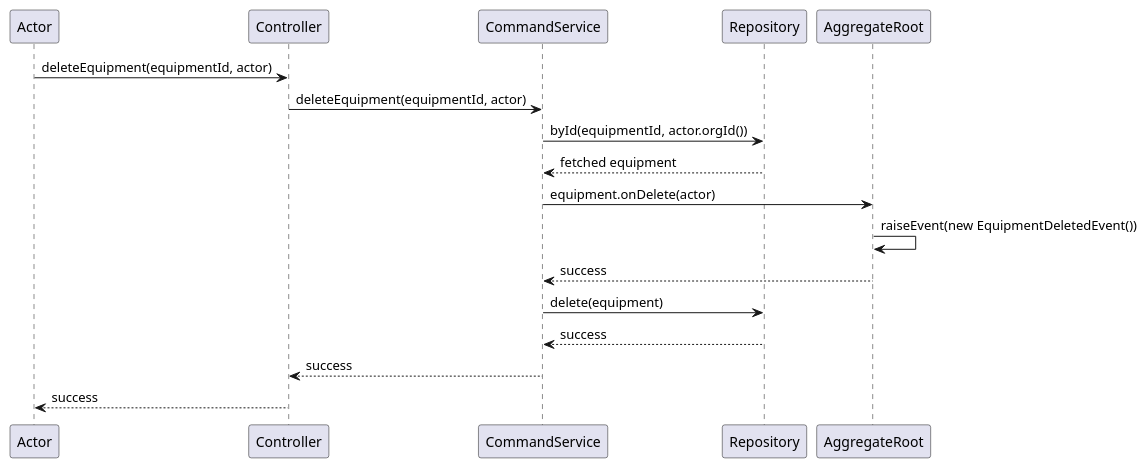
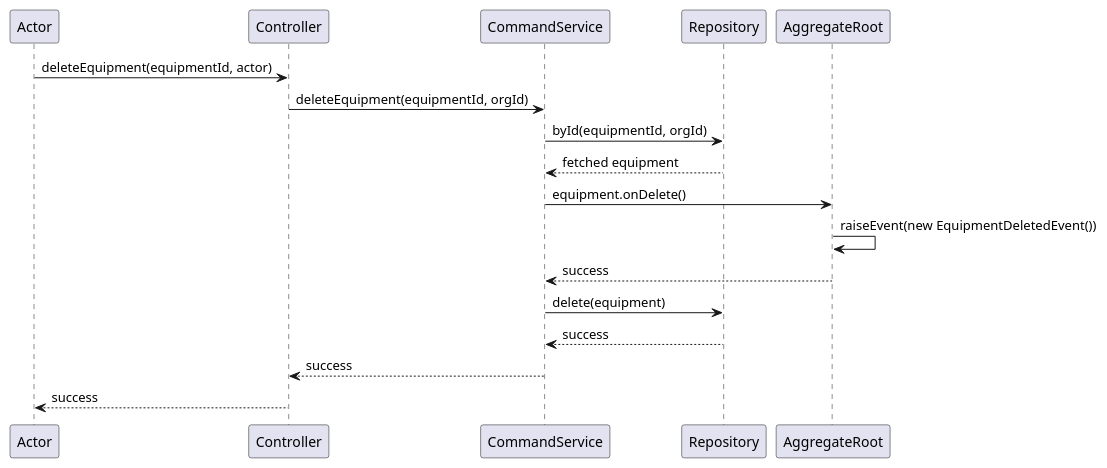
Before and after one commit to davenkin/andy-springboot4-template: the fourth of 7 diagrams in adr/005_unified_request_process_flow.md, drawn with PlantUML. The commit also changed other lines of this file and 2 other files, not shown here.

````diff
--- a/adr/005_unified_request_process_flow.md
+++ b/adr/005_unified_request_process_flow.md
@@ -249,15 +247,15 @@
 ```plantuml
 @startuml
 Actor -> Controller: deleteEquipment(equipmentId, actor)
-Controller -> CommandService: deleteEquipment(equipmentId, actor)
-CommandService -> Repository: byId(equipmentId, actor.orgId())
+Controller -> CommandService: deleteEquipment(equipmentId, orgId)
+CommandService -> Repository: byId(equipmentId, orgId)
 Repository --> CommandService: fetched equipment
-CommandService -> AggregateRoot: equipment.onDelete(actor)
+CommandService -> AggregateRoot: equipment.onDelete()
 AggregateRoot -> AggregateRoot: raiseEvent(new EquipmentDeletedEvent())
 AggregateRoot --> CommandService: success
 CommandService -> Repository: delete(equipment)
 Repository --> CommandService: success
 CommandService --> Controller: success
 Controller --> Actor: success
 @enduml
 ```
````
